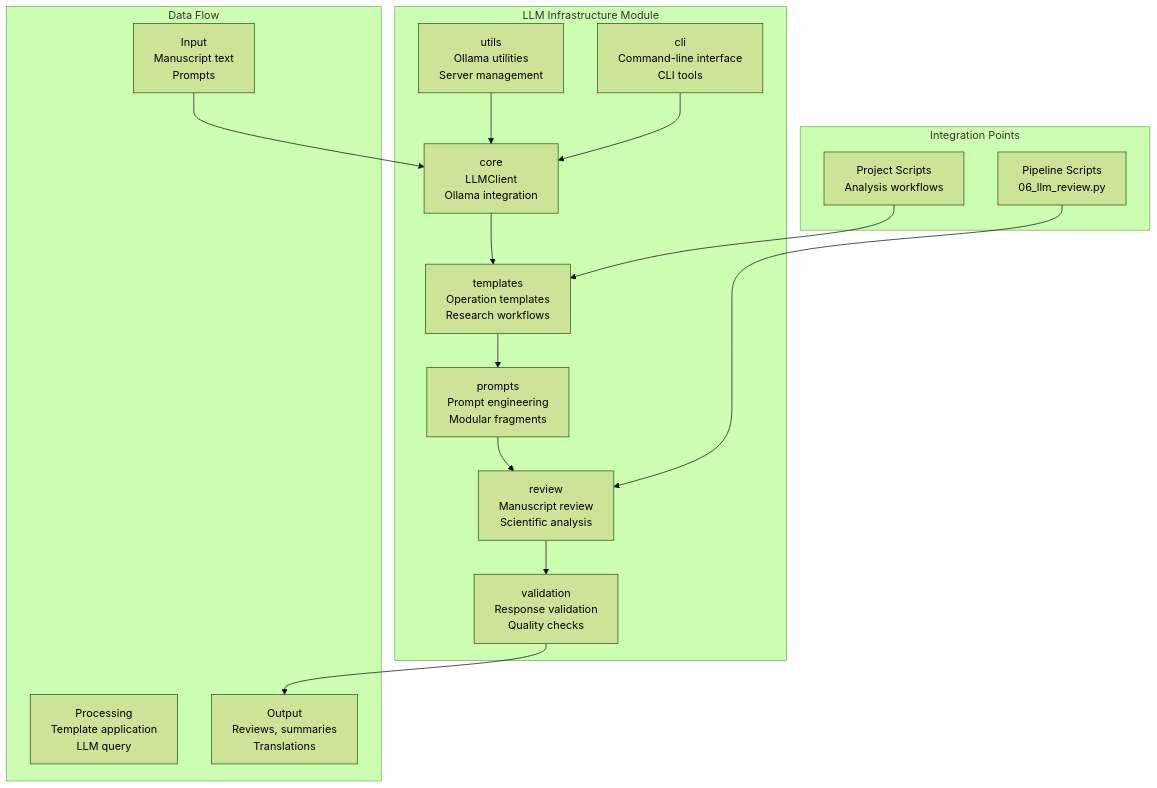
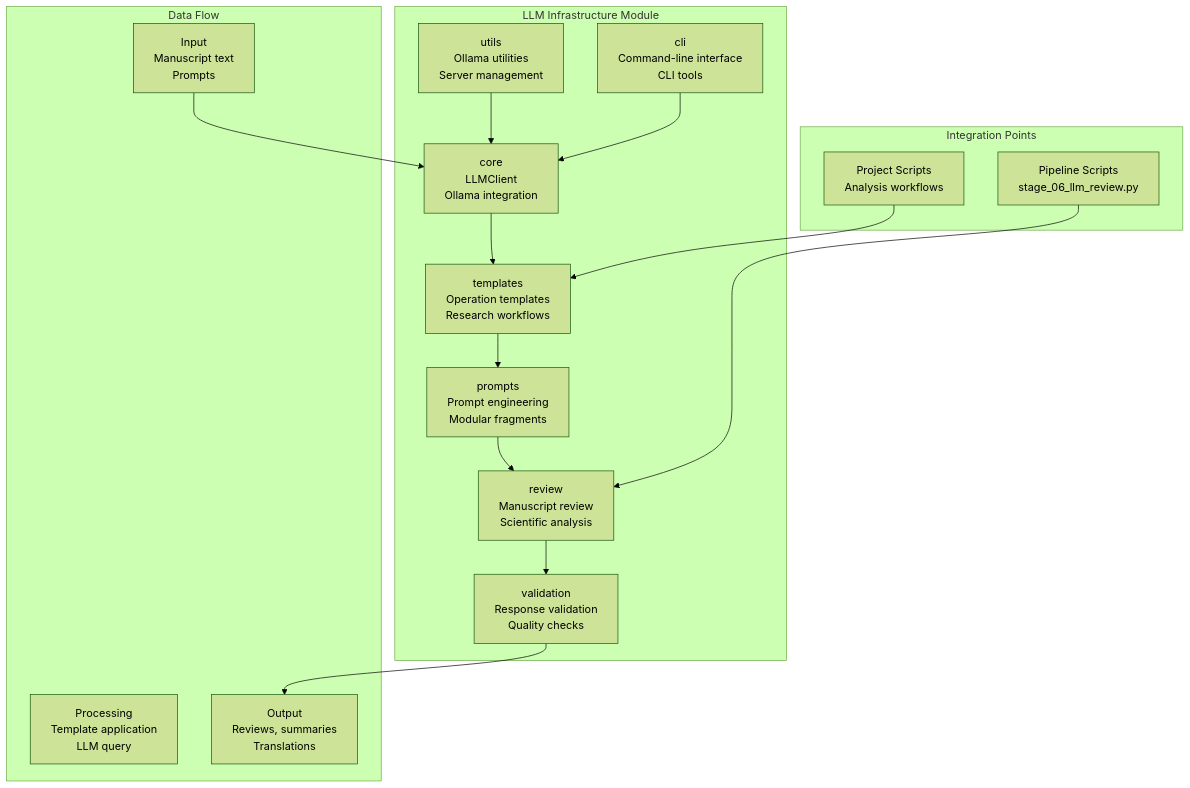
Before and after one commit to docxology/template: the first of 2 diagrams in infrastructure/llm/README.md, drawn with Mermaid (forest theme). The commit also changed 5 other files, not shown here.

````diff
--- a/infrastructure/llm/README.md
+++ b/infrastructure/llm/README.md
@@ -40,40 +40,40 @@
 ```mermaid
 graph TD
     subgraph LLMModule["LLM Infrastructure Module"]
         CORE[core<br/>LLMClient<br/>Ollama integration]
         TEMPLATES[templates<br/>Operation templates<br/>Research workflows]
         PROMPTS[prompts<br/>Prompt engineering<br/>Modular fragments]
         REVIEW[review<br/>Manuscript review<br/>Scientific analysis]
         UTILS[utils<br/>Ollama utilities<br/>Server management]
         VALIDATION[validation<br/>Response validation<br/>Quality checks]
         CLI[cli<br/>Command-line interface<br/>CLI tools]
     end
 
     subgraph DataFlow["Data Flow"]
         INPUT[Input<br/>Manuscript text<br/>Prompts]
         PROCESSING[Processing<br/>Template application<br/>LLM query]
         OUTPUT[Output<br/>Reviews, summaries<br/>Translations]
     end
 
     subgraph Integration["Integration Points"]
-        PIPELINE[Pipeline Scripts<br/>06_llm_review.py]
+        PIPELINE[Pipeline Scripts<br/>stage_06_llm_review.py]
         PROJECTS[Project Scripts<br/>Analysis workflows]
     end
 
     INPUT --> CORE
     CORE --> TEMPLATES
     TEMPLATES --> PROMPTS
     PROMPTS --> REVIEW
     REVIEW --> VALIDATION
     VALIDATION --> OUTPUT
 
     UTILS --> CORE
     CLI --> CORE
 
     PIPELINE --> REVIEW
     PROJECTS --> TEMPLATES
 
     class LLMModule module
     class DataFlow flow
     class Integration integration
 ```
````
